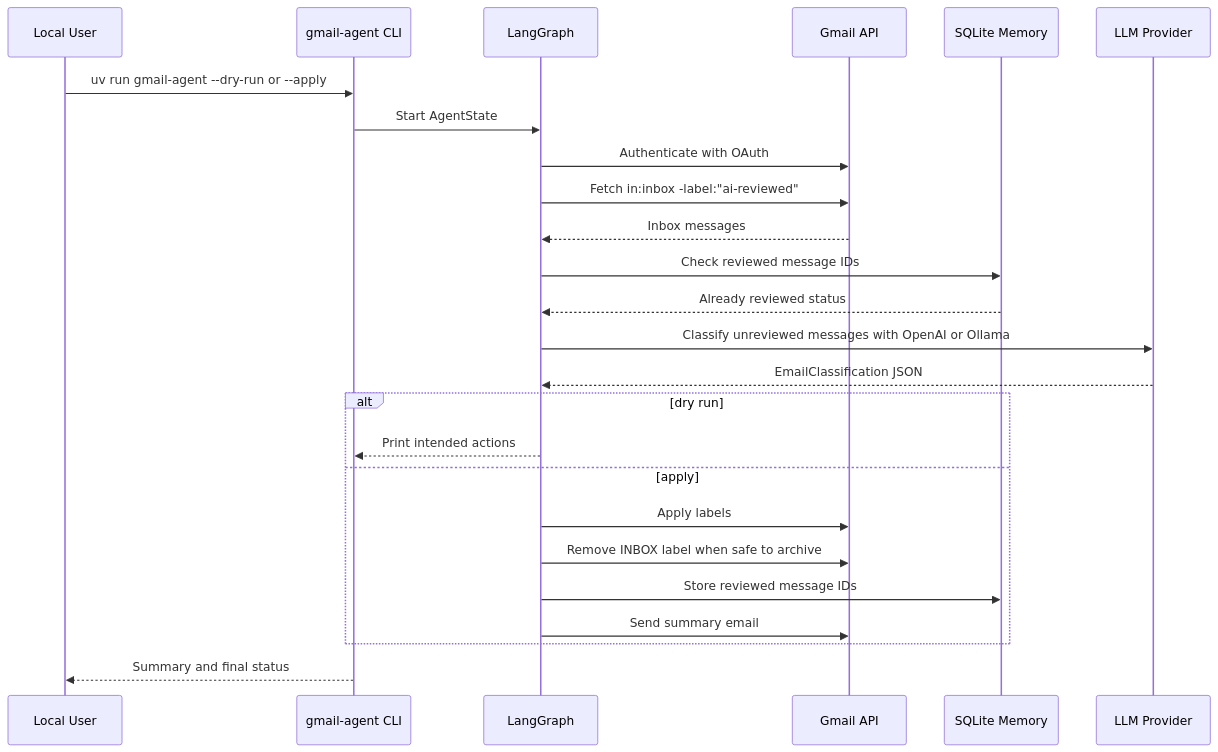
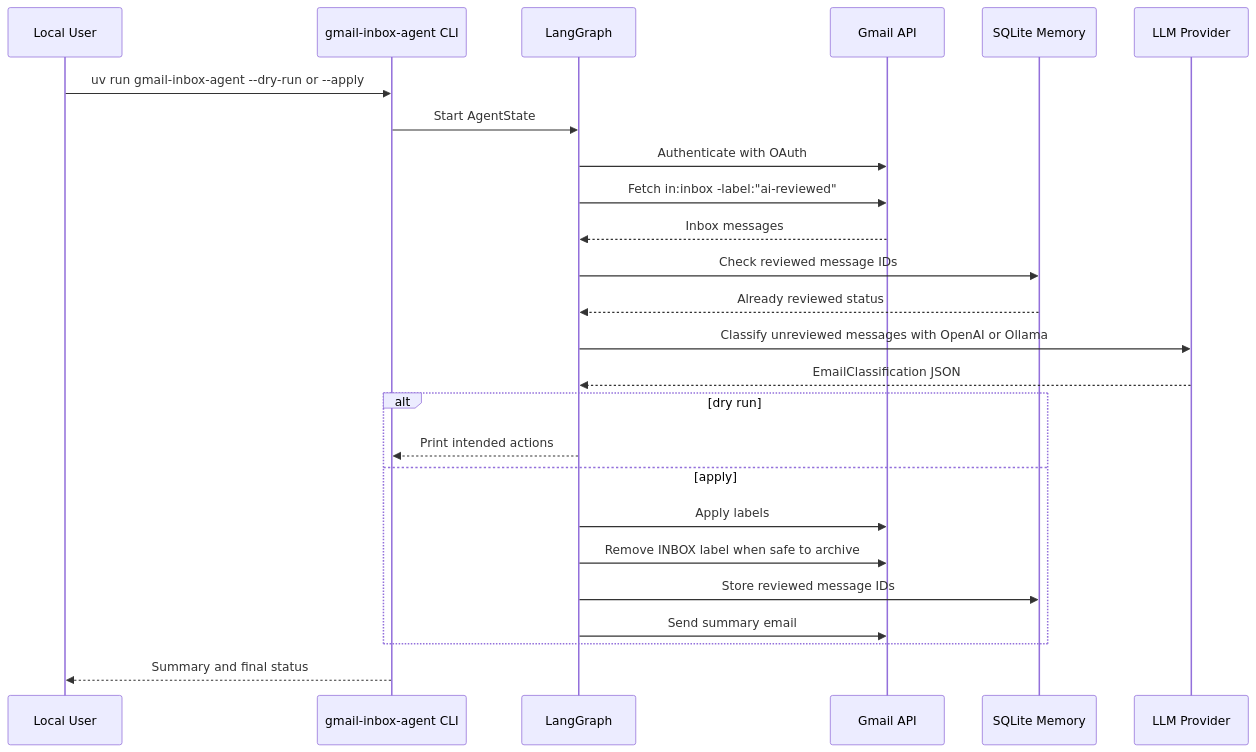
The third of 7 diagrams in gmail-inbox-agent/docs/Architecture.md (brandocomando/my_agentic_team), drawn with Mermaid before and after one commit. The commit also changed other lines of this file and 17 other files, not shown here.

First line of the commit message:
fix(gmail-inbox-agent): Skip release tests on main, and standardize on naming convention (#2)

````diff
--- a/gmail-inbox-agent/docs/Architecture.md
+++ b/gmail-inbox-agent/docs/Architecture.md
@@ -47,28 +47,28 @@
 ```mermaid
 sequenceDiagram
     participant User as Local User
-    participant CLI as gmail-agent CLI
+    participant CLI as gmail-inbox-agent CLI
     participant Graph as LangGraph
     participant Gmail as Gmail API
     participant Memory as SQLite Memory
     participant LLM as LLM Provider
 
-    User->>CLI: uv run gmail-agent --dry-run or --apply
+    User->>CLI: uv run gmail-inbox-agent --dry-run or --apply
     CLI->>Graph: Start AgentState
     Graph->>Gmail: Authenticate with OAuth
     Graph->>Gmail: Fetch in:inbox -label:"ai-reviewed"
     Gmail-->>Graph: Inbox messages
     Graph->>Memory: Check reviewed message IDs
     Memory-->>Graph: Already reviewed status
     Graph->>LLM: Classify unreviewed messages with OpenAI or Ollama
     LLM-->>Graph: EmailClassification JSON
     alt dry run
         Graph-->>CLI: Print intended actions
     else apply
         Graph->>Gmail: Apply labels
         Graph->>Gmail: Remove INBOX label when safe to archive
         Graph->>Memory: Store reviewed message IDs
         Graph->>Gmail: Send summary email
     end
     CLI-->>User: Summary and final status
 ```
````
